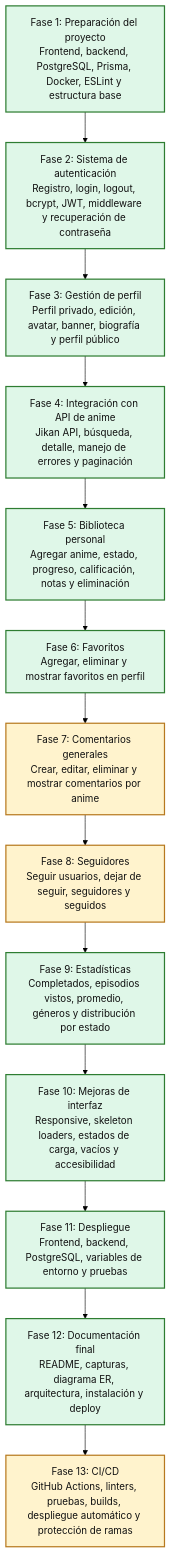
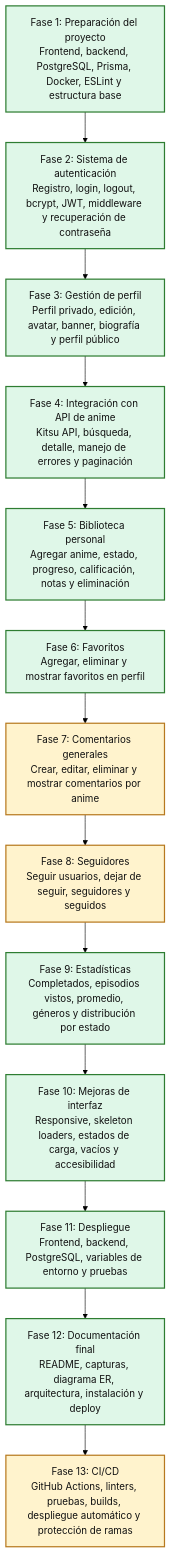
Before and after one commit to Chris20033/AnimeTracker-Docs: the first of 3 diagrams in AnimeTracker/07 Diagramas/Roadmap Visual.md, drawn with Mermaid (forest theme). The commit also changed 19 other files, not shown here.

````diff
--- a/AnimeTracker/07 Diagramas/Roadmap Visual.md
+++ b/AnimeTracker/07 Diagramas/Roadmap Visual.md
@@ -17,25 +17,25 @@
 ```mermaid
 flowchart TD
     F1["Fase 1: Preparación del proyecto<br/>Frontend, backend, PostgreSQL, Prisma, Docker, ESLint y estructura base"]
     F2["Fase 2: Sistema de autenticación<br/>Registro, login, logout, bcrypt, JWT, middleware y recuperación de contraseña"]
     F3["Fase 3: Gestión de perfil<br/>Perfil privado, edición, avatar, banner, biografía y perfil público"]
-    F4["Fase 4: Integración con API de anime<br/>Jikan API, búsqueda, detalle, manejo de errores y paginación"]
+    F4["Fase 4: Integración con API de anime<br/>Kitsu API, búsqueda, detalle, manejo de errores y paginación"]
     F5["Fase 5: Biblioteca personal<br/>Agregar anime, estado, progreso, calificación, notas y eliminación"]
     F6["Fase 6: Favoritos<br/>Agregar, eliminar y mostrar favoritos en perfil"]
     F7["Fase 7: Comentarios generales<br/>Crear, editar, eliminar y mostrar comentarios por anime"]
     F8["Fase 8: Seguidores<br/>Seguir usuarios, dejar de seguir, seguidores y seguidos"]
     F9["Fase 9: Estadísticas<br/>Completados, episodios vistos, promedio, géneros y distribución por estado"]
     F10["Fase 10: Mejoras de interfaz<br/>Responsive, skeleton loaders, estados de carga, vacíos y accesibilidad"]
     F11["Fase 11: Despliegue<br/>Frontend, backend, PostgreSQL, variables de entorno y pruebas"]
     F12["Fase 12: Documentación final<br/>README, capturas, diagrama ER, arquitectura, instalación y deploy"]
     F13["Fase 13: CI/CD<br/>GitHub Actions, linters, pruebas, builds, despliegue automático y protección de ramas"]
 
     F1 --> F2 --> F3 --> F4 --> F5 --> F6 --> F7 --> F8 --> F9 --> F10 --> F11 --> F12 --> F13
 
     classDef mvp fill:#dff7e8,stroke:#2e7d32,stroke-width:2px,color:#111;
     classDef future fill:#fff3cd,stroke:#b7791f,stroke-width:2px,color:#111;
     classDef polish fill:#e8f1ff,stroke:#2f5f9f,stroke-width:2px,color:#111;
 
     class F1,F2,F3,F4,F5,F6,F9,F10,F11,F12 mvp;
     class F7,F8,F13 future;
 ```
````
